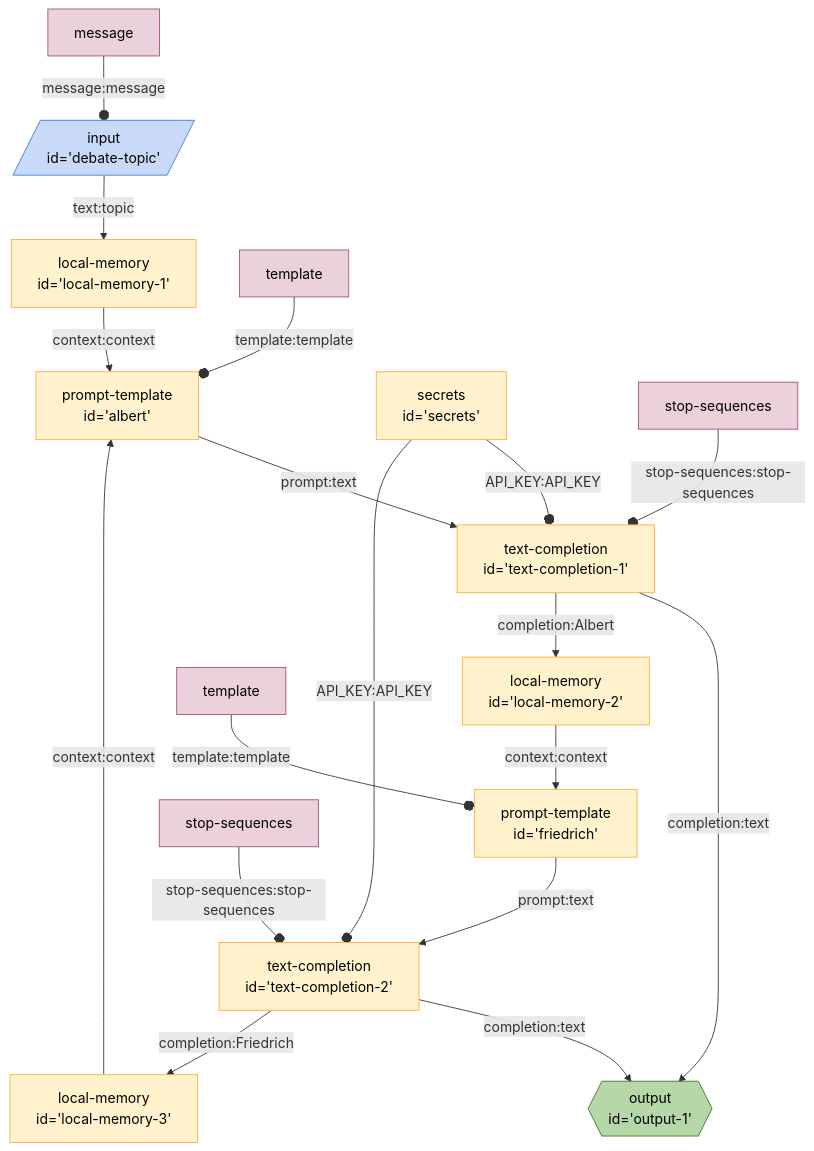
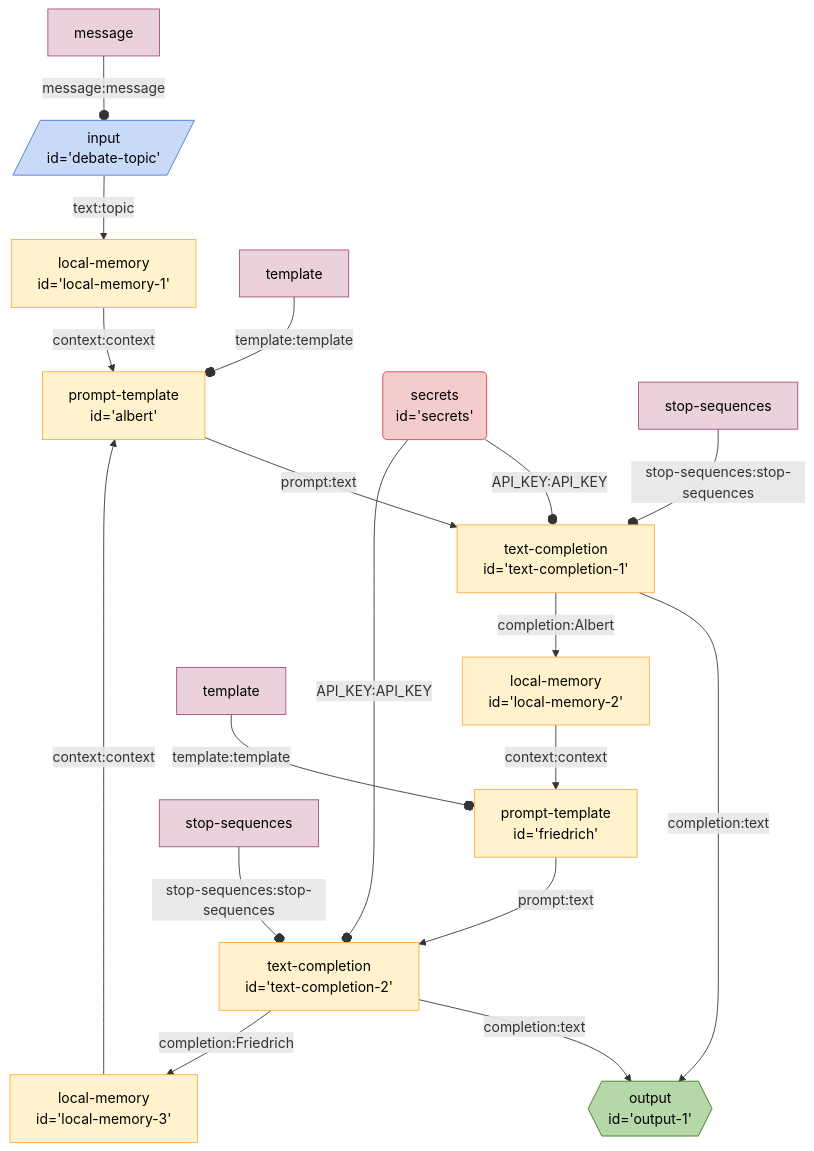
Before and after one commit to breadboard-ai/breadboard: the diagram in seeds/graph-playground/docs/graphs/endless-debate.md, drawn with Mermaid. The commit also changed 14 other files, not shown here.

Commit message:
[graphs] Make `secrets` more prominent on diagrams.

````diff
--- a/seeds/graph-playground/docs/graphs/endless-debate.md
+++ b/seeds/graph-playground/docs/graphs/endless-debate.md
@@ -4,52 +4,53 @@
 ```mermaid
 %%{init: 'themeVariables': { 'fontFamily': 'Fira Code, monospace' }}%%
 graph TD;
 debatetopic[/"input
 id='debate-topic'"/]:::input -- text:topic --> localmemory1["local-memory
 id='local-memory-1'"]
 localmemory1["local-memory
 id='local-memory-1'"] -- context:context --> albert["prompt-template
 id='albert'"]
 albert["prompt-template
 id='albert'"] -- prompt:text --> textcompletion1["text-completion
 id='text-completion-1'"]
-secrets["secrets
-id='secrets'"] -- API_KEY:API_KEY --o textcompletion1["text-completion
+secrets("secrets
+id='secrets'"):::secrets -- API_KEY:API_KEY --o textcompletion1["text-completion
 id='text-completion-1'"]
 textcompletion1["text-completion
 id='text-completion-1'"] -- completion:text --> output1{{"output
 id='output-1'"}}:::output
 textcompletion1["text-completion
 id='text-completion-1'"] -- completion:Albert --> localmemory2["local-memory
 id='local-memory-2'"]
 localmemory2["local-memory
 id='local-memory-2'"] -- context:context --> friedrich["prompt-template
 id='friedrich'"]
 friedrich["prompt-template
 id='friedrich'"] -- prompt:text --> textcompletion2["text-completion
 id='text-completion-2'"]
-secrets["secrets
-id='secrets'"] -- API_KEY:API_KEY --o textcompletion2["text-completion
+secrets("secrets
+id='secrets'"):::secrets -- API_KEY:API_KEY --o textcompletion2["text-completion
 id='text-completion-2'"]
 textcompletion2["text-completion
 id='text-completion-2'"] -- completion:text --> output1{{"output
 id='output-1'"}}:::output
 textcompletion2["text-completion
 id='text-completion-2'"] -- completion:Friedrich --> localmemory3["local-memory
 id='local-memory-3'"]
 localmemory3["local-memory
 id='local-memory-3'"] -- context:context --> albert["prompt-template
 id='albert'"]
 messagedebatetopic[message]:::config -- message:message --o debatetopic
 stopsequencestextcompletion1[stop-sequences]:::config -- stop-sequences:stop-sequences --o textcompletion1
 stopsequencestextcompletion2[stop-sequences]:::config -- stop-sequences:stop-sequences --o textcompletion2
 templatealbert[template]:::config -- template:template --o albert
 templatefriedrich[template]:::config -- template:template --o friedrich
 classDef default stroke:#ffab40,fill:#fff2ccff,color:#000
 classDef input stroke:#3c78d8,fill:#c9daf8ff,color:#000
 classDef output stroke:#38761d,fill:#b6d7a8ff,color:#000
 classDef passthrough stroke:#a64d79,fill:#ead1dcff,color:#000
 classDef slot stroke:#a64d79,fill:#ead1dcff,color:#000
 classDef config stroke:#a64d79,fill:#ead1dcff,color:#000
+classDef secrets stroke:#db4437,fill:#f4cccc,color:#000
 classDef slotted stroke:#a64d79
 ```
````
